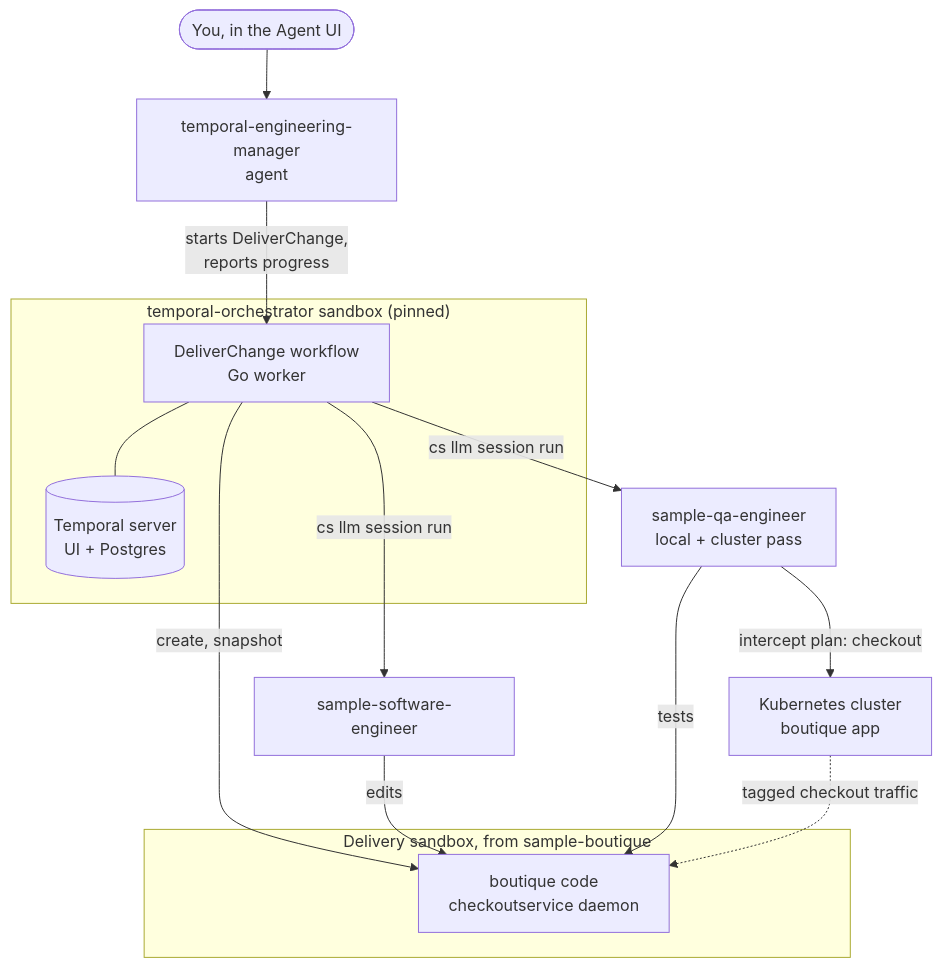
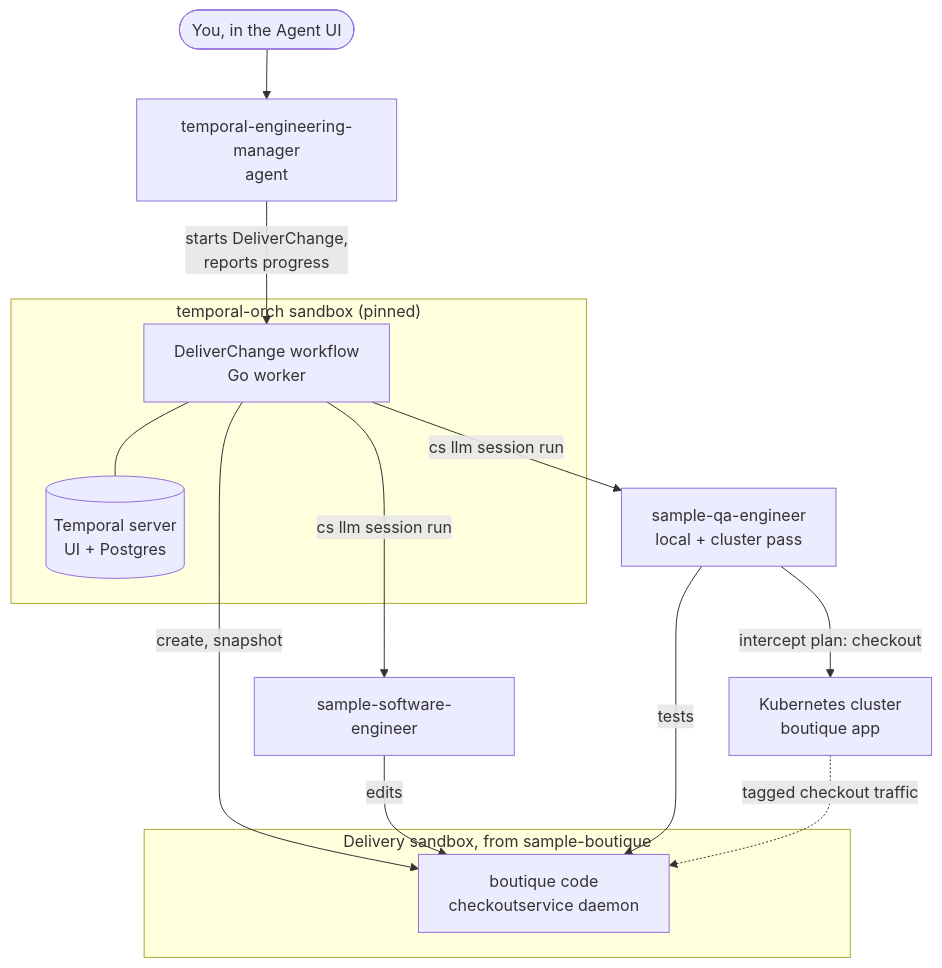
One commit to crafting-demo/multiagent-temporal changed the diagram in docs/architecture.mmd. Above: the diagram before and after it, drawn with Mermaid. The commit also changed 8 other files, not shown here.

Commit message:
Shorten the orchestrator name to fit the sandbox name limit

```diff
--- a/docs/architecture.mmd
+++ b/docs/architecture.mmd
@@ -1,22 +1,22 @@
 flowchart TB
     User(["You, in the Agent UI"]) --> TEM["temporal-engineering-manager<br/>agent"]
     TEM -->|"starts DeliverChange,<br/>reports progress"| WF
 
-    subgraph orch ["temporal-orchestrator sandbox (pinned)"]
+    subgraph orch ["temporal-orch sandbox (pinned)"]
         WF["DeliverChange workflow<br/>Go worker"]
         Srv[("Temporal server<br/>UI + Postgres")]
         WF --- Srv
     end
 
     WF -->|"cs llm session run"| SWE["sample-software-engineer"]
     WF -->|"cs llm session run"| QA["sample-qa-engineer<br/>local + cluster pass"]
     WF -->|"create, snapshot"| Target
 
     subgraph tgt ["Delivery sandbox, from sample-boutique"]
         Target["boutique code<br/>checkoutservice daemon"]
     end
 
     SWE -->|"edits"| Target
     QA -->|"tests"| Target
     QA -->|"intercept plan: checkout"| Cluster["Kubernetes cluster<br/>boutique app"]
     Cluster -.->|"tagged checkout traffic"| Target
```
